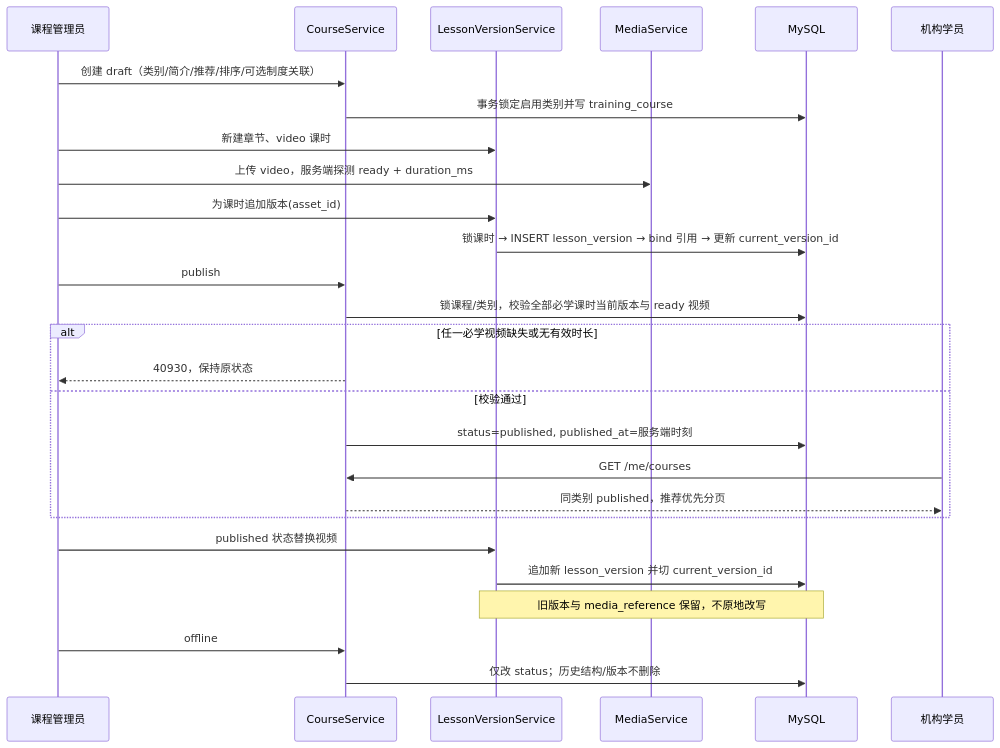
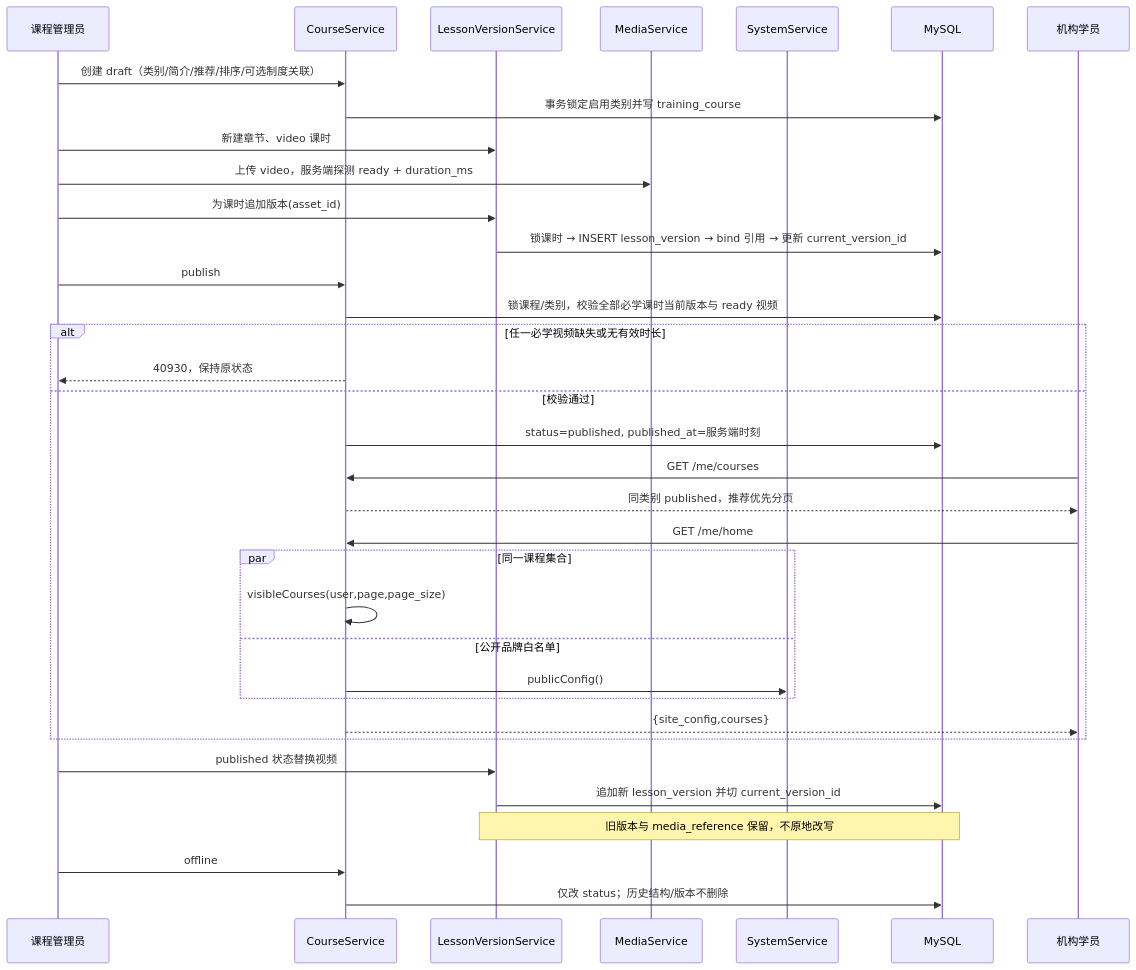
One commit to caoguanjie/emodor-exam changed the third of 18 diagrams in docs/design/06-关键流程.md. Above: the diagram before and after it, drawn with Mermaid. The commit also changed other lines of this file and 23 other files, not shown here.

Commit message:
feat: complete course home and navigation integration

````diff
--- a/docs/design/06-关键流程.md
+++ b/docs/design/06-关键流程.md
@@ -151,30 +151,38 @@
 ```mermaid
 sequenceDiagram
     participant Admin as 课程管理员
     participant Course as CourseService
     participant Version as LessonVersionService
     participant Media as MediaService
+    participant System as SystemService
     participant DB as MySQL
     participant Learner as 机构学员
 
     Admin->>Course: 创建 draft（类别/简介/推荐/排序/可选制度关联）
     Course->>DB: 事务锁定启用类别并写 training_course
     Admin->>Version: 新建章节、video 课时
     Admin->>Media: 上传 video，服务端探测 ready + duration_ms
     Admin->>Version: 为课时追加版本(asset_id)
     Version->>DB: 锁课时 → INSERT lesson_version → bind 引用 → 更新 current_version_id
     Admin->>Course: publish
     Course->>DB: 锁课程/类别，校验全部必学课时当前版本与 ready 视频
     alt 任一必学视频缺失或无有效时长
         Course-->>Admin: 40930，保持原状态
     else 校验通过
         Course->>DB: status=published, published_at=服务端时刻
         Learner->>Course: GET /me/courses
         Course-->>Learner: 同类别 published，推荐优先分页
+        Learner->>Course: GET /me/home
+        par 同一课程集合
+            Course->>Course: visibleCourses(user,page,page_size)
+        and 公开品牌白名单
+            Course->>System: publicConfig()
+        end
+        Course-->>Learner: {site_config,courses}
     end
     Admin->>Version: published 状态替换视频
     Version->>DB: 追加新 lesson_version 并切 current_version_id
     Note over Version,DB: 旧版本与 media_reference 保留，不原地改写
     Admin->>Course: offline
     Course->>DB: 仅改 status；历史结构/版本不删除
 ```
````
